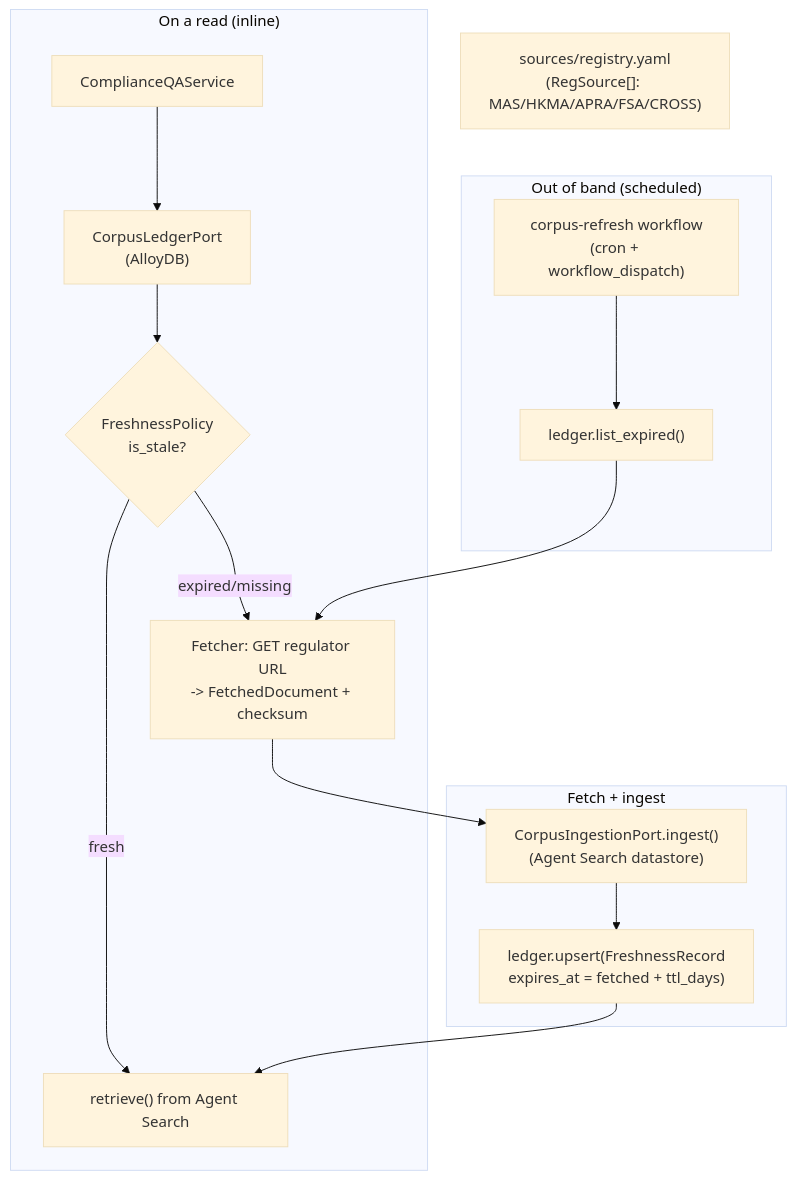
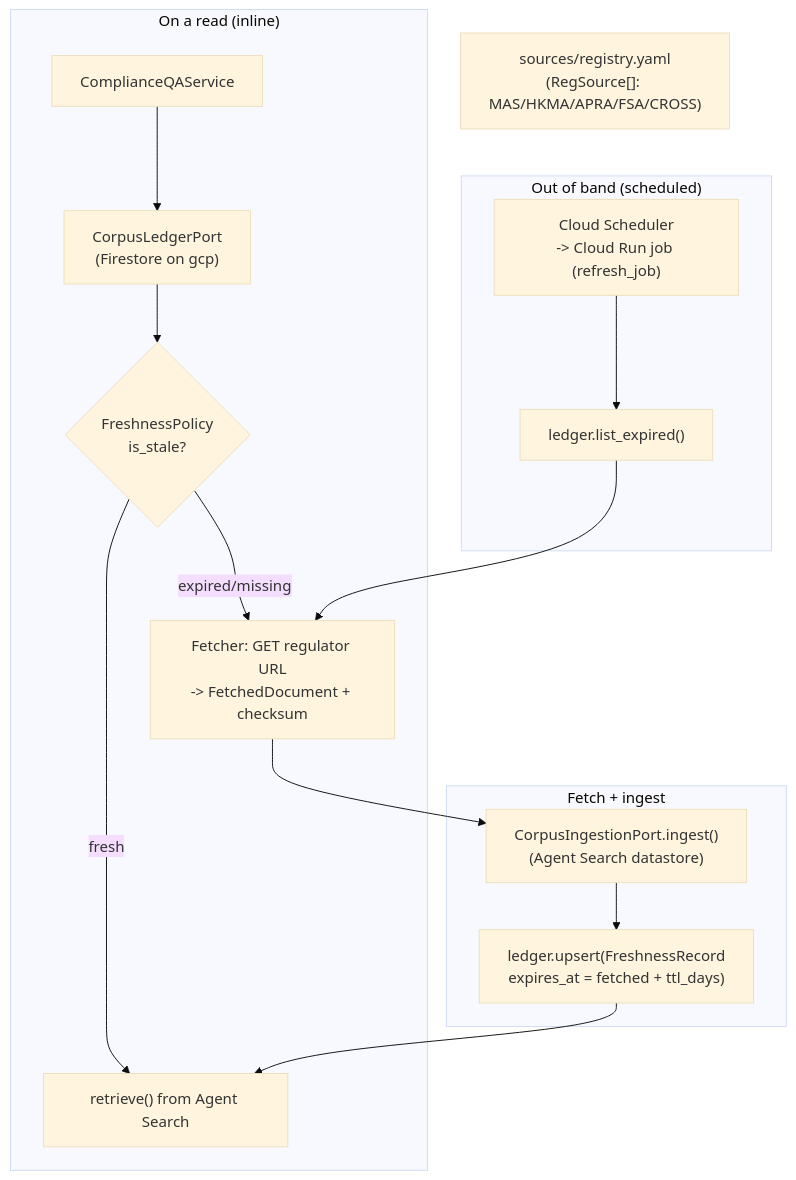
One commit to portable-genai/compliance-advisory changed the seventh of 8 diagrams in ARCHITECTURE.md. Above: the diagram before and after it, drawn with Mermaid (base theme). The commit also changed other lines of this file and 56 other files, not shown here.

````diff
--- a/ARCHITECTURE.md
+++ b/ARCHITECTURE.md
@@ -406,26 +405,26 @@
 ```mermaid
 flowchart TB
     REG["sources/registry.yaml<br/>(RegSource[]: MAS/HKMA/APRA/FSA/CROSS)"]
 
     subgraph read["On a read (inline)"]
         Q["ComplianceQAService"]
-        L["CorpusLedgerPort<br/>(AlloyDB)"]
+        L["CorpusLedgerPort<br/>(Firestore on gcp)"]
         DECIDE{"FreshnessPolicy<br/>is_stale?"}
         Q --> L --> DECIDE
         DECIDE -- fresh --> SERVE["retrieve() from Agent Search"]
         DECIDE -- expired/missing --> FETCH
     end
 
     subgraph refresh["Out of band (scheduled)"]
-        CRON["corpus-refresh workflow<br/>(cron + workflow_dispatch)"]
+        CRON["Cloud Scheduler<br/>-> Cloud Run job (refresh_job)"]
         EXPIRING["ledger.list_expired()"]
         CRON --> EXPIRING --> FETCH
     end
 
     subgraph ingest["Fetch + ingest"]
         FETCH["Fetcher: GET regulator URL<br/>-> FetchedDocument + checksum"]
         ING["CorpusIngestionPort.ingest()<br/>(Agent Search datastore)"]
         UP["ledger.upsert(FreshnessRecord<br/>expires_at = fetched + ttl_days)"]
         FETCH --> ING --> UP --> SERVE
     end
 ```
````
